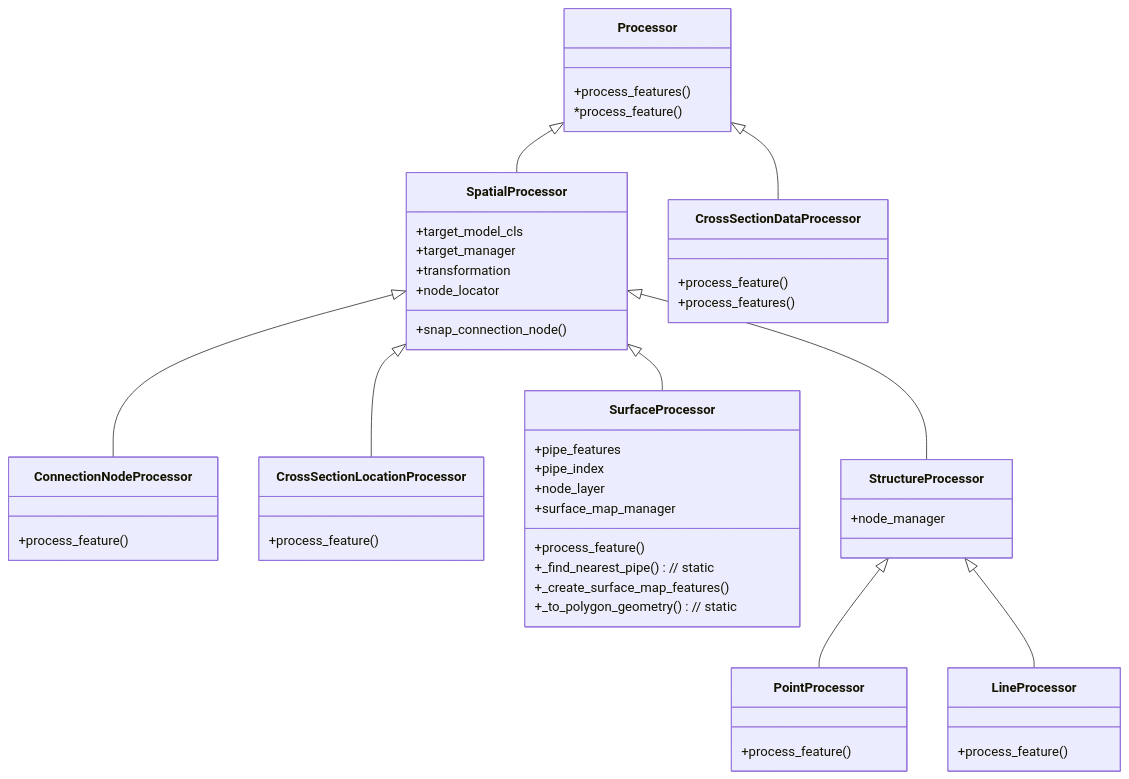
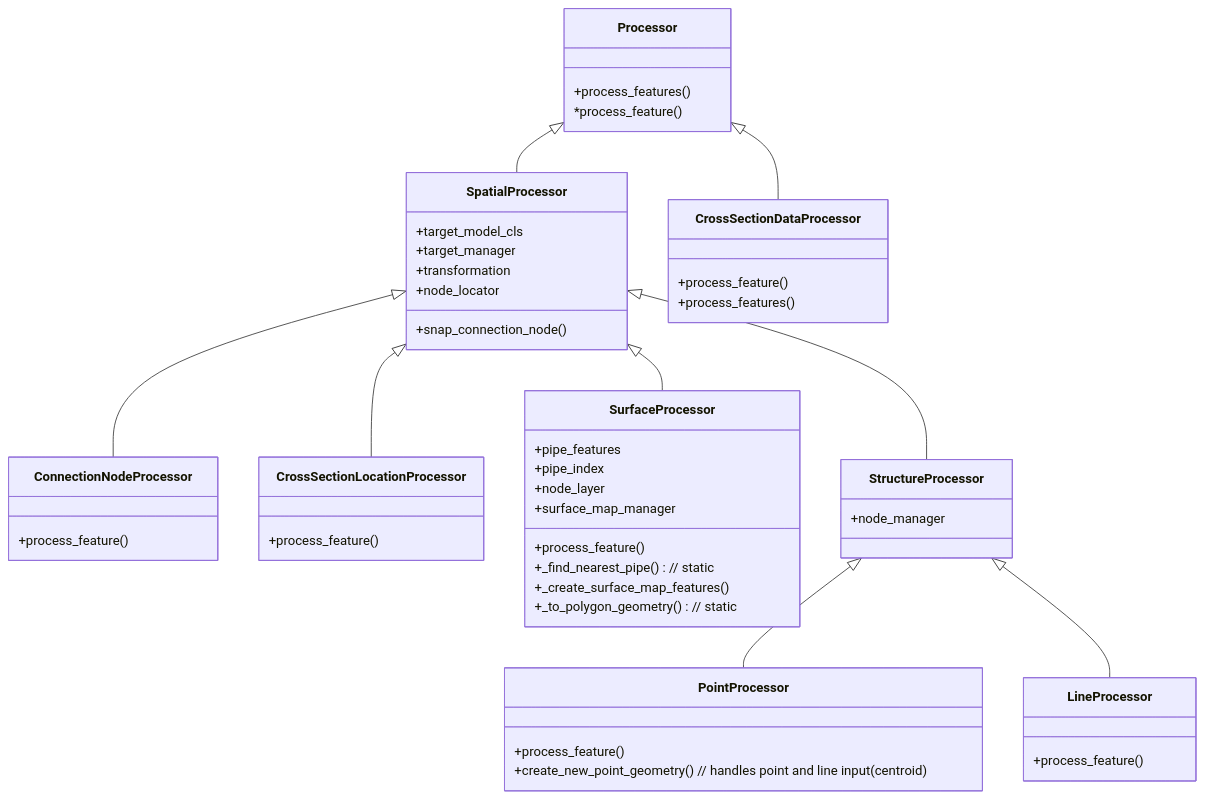
Before and after one commit to nens/threedi-schematisation-editor: the fourth of 4 diagrams in threedi_schematisation_editor/vector_data_importer/DESIGN.md, drawn with Mermaid. The commit also changed other lines of this file, not shown here.

````diff
--- a/threedi_schematisation_editor/vector_data_importer/DESIGN.md
+++ b/threedi_schematisation_editor/vector_data_importer/DESIGN.md
@@ -208,60 +219,61 @@
 ```mermaid
 classDiagram
     Processor <|-- SpatialProcessor
     Processor <|-- CrossSectionDataProcessor
     SpatialProcessor <|-- ConnectionNodeProcessor
     SpatialProcessor <|-- CrossSectionLocationProcessor
     SpatialProcessor <|-- SurfaceProcessor
     SpatialProcessor <|-- StructureProcessor
     StructureProcessor <|-- PointProcessor
     StructureProcessor <|-- LineProcessor
 
     class Processor {
         +process_features()
         *process_feature()
     }
     
     class CrossSectionDataProcessor {
         +process_feature()
         +process_features()
     }    
 
     class SpatialProcessor {
         +target_model_cls
         +target_manager
         +transformation
         +node_locator
         +snap_connection_node()
     }
 
     class ConnectionNodeProcessor {
         +process_feature()
     }
     
     class CrossSectionLocationProcessor {
         +process_feature()
     }
 
     class SurfaceProcessor {
         +pipe_features
         +pipe_index
         +node_layer
         +surface_map_manager
         +process_feature()
         +_find_nearest_pipe() // static
         +_create_surface_map_features()
         +_to_polygon_geometry() // static
     }
 
     class StructureProcessor {
         +node_manager
     }
 
     class PointProcessor {
         +process_feature()
+        +create_new_point_geometry()  // handles point and line input (centroid)
     }
 
     class LineProcessor {
         +process_feature()
     }
 ```
````
